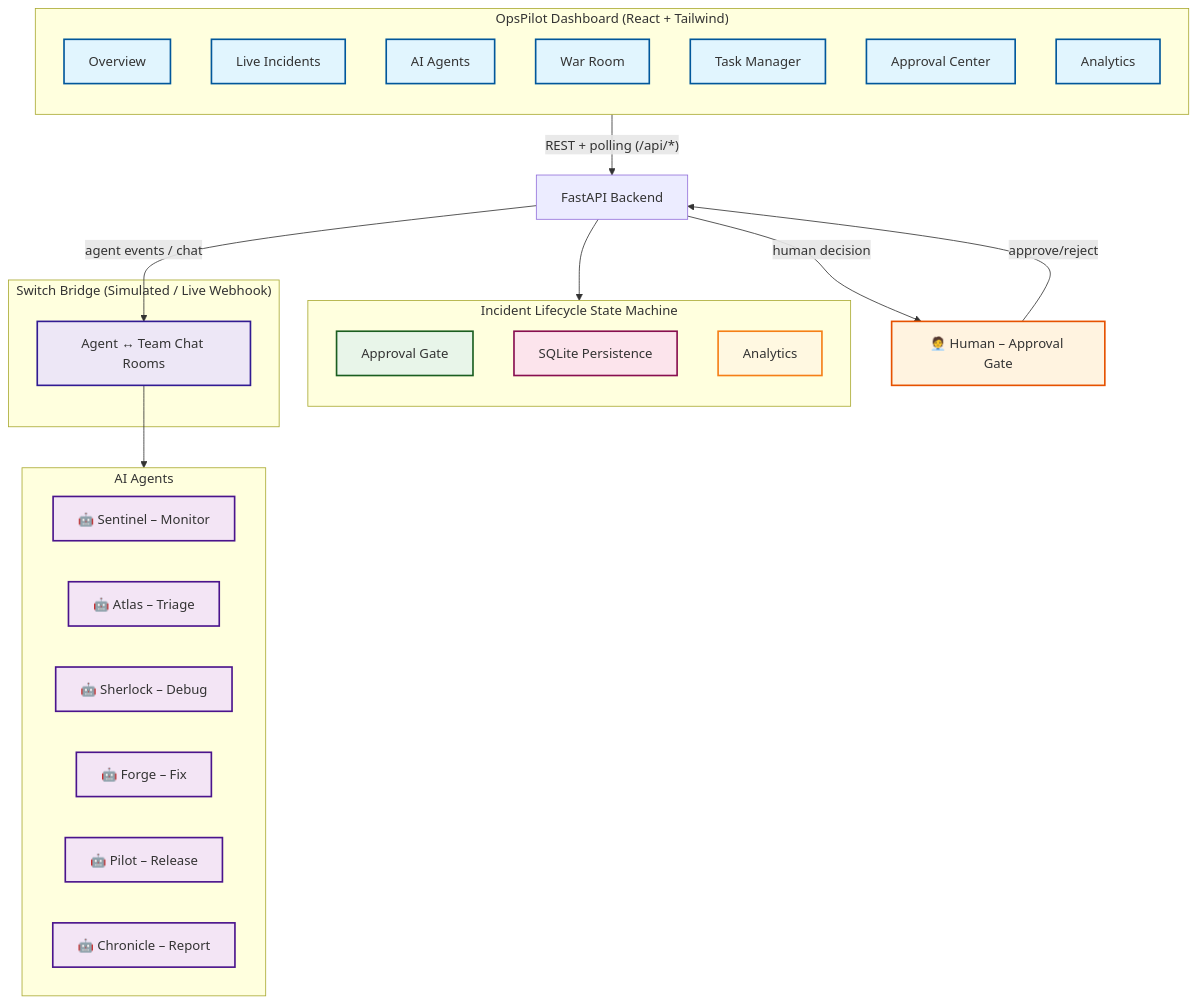
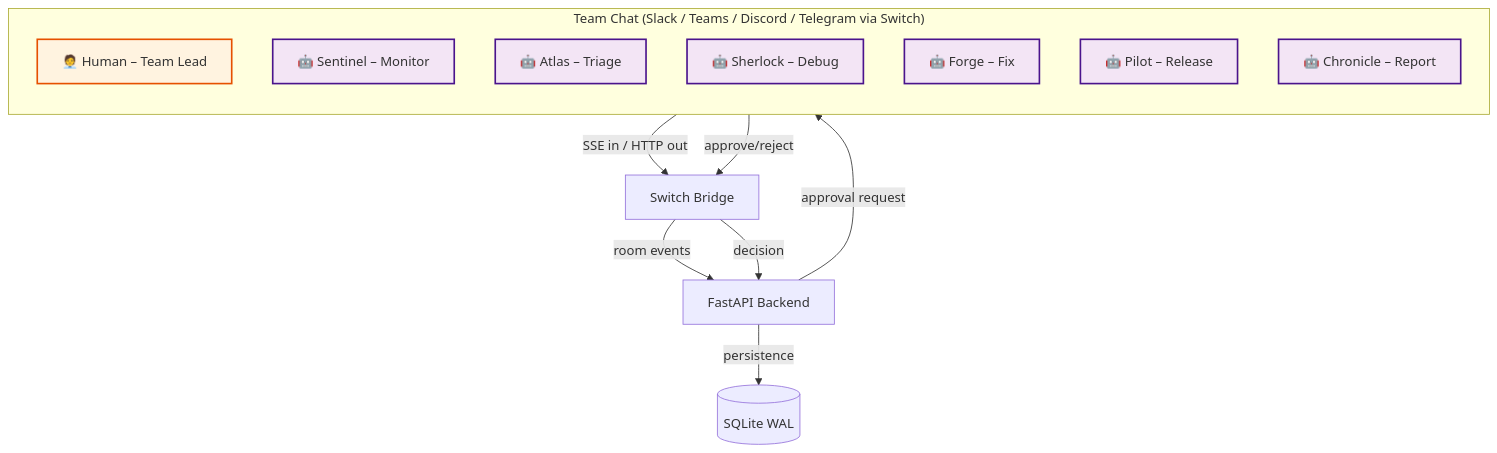
The diagram in README.md (itsVanshKesharwani/OpsPilot), drawn with Mermaid before and after one commit. The commit also changed other lines of this file and 9 other files, not shown here.

````diff
--- a/README.md
+++ b/README.md
@@ -79,50 +95,23 @@
 ```mermaid
 flowchart TD
-    subgraph UI ["OpsPilot Dashboard (React + Tailwind)"]
+    subgraph Chat ["Team Chat (Slack / Teams / Discord / Telegram via Switch)"]
         direction TB
-        U1[Overview]:::page
-        U2[Live Incidents]:::page
-        U3[AI Agents]:::page
-        U4[War Room]:::page
-        U5[Task Manager]:::page
-        U6[Approval Center]:::page
-        U7[Analytics]:::page
+        C1[🧑‍💼 Human – Team Lead]:::human
+        C2[🤖 Sentinel – Monitor]:::agent
+        C3[🤖 Atlas – Triage]:::agent
+        C4[🤖 Sherlock – Debug]:::agent
+        C5[🤖 Forge – Fix]:::agent
+        C6[🤖 Pilot – Release]:::agent
+        C7[🤖 Chronicle – Report]:::agent
     end
 
-    UI -- REST + polling (/api/*) --> API[FastAPI Backend]
+    Chat -- SSE in / HTTP out --> Switch[Switch Bridge]
+    Switch -- room events --> API[FastAPI Backend]
+    API -- approval request --> Chat
+    Chat -- approve/reject --> Switch
+    Switch -- decision --> API
+    API -- persistence --> DB[(SQLite WAL)]
 
-    subgraph Core ["Incident Lifecycle State Machine"]
-        direction TB
-        C1[Approval Gate]:::gate
-        C2[SQLite Persistence]:::db
-        C3[Analytics]:::analytics
-    end
-    API --> Core
-
-    subgraph Switch ["Switch Bridge (Simulated / Live Webhook)"]
-        S[Agent ↔ Team Chat Rooms]:::switch
-    end
-    API -- agent events / chat --> S
-
-    subgraph Agents ["AI Agents"]
-        A1[🤖 Sentinel – Monitor]:::agent
-        A2[🤖 Atlas – Triage]:::agent
-        A3[🤖 Sherlock – Debug]:::agent
-        A4[🤖 Forge – Fix]:::agent
-        A5[🤖 Pilot – Release]:::agent
-        A6[🤖 Chronicle – Report]:::agent
-    end
-    S --> Agents
-
-    H[🧑‍💼 Human – Approval Gate]:::human
-    API -- human decision --> H
-    H -- approve/reject --> API
-
-    classDef page fill:#e1f5fe,stroke:#01579b,stroke-width:2px
+    classDef human fill:#fff3e0,stroke:#e65100,stroke-width:2px
     classDef agent fill:#f3e5f5,stroke:#4a148c,stroke-width:2px
-    classDef human fill:#fff3e0,stroke:#e65100,stroke-width:2px
-    classDef gate fill:#e8f5e9,stroke:#1b5e20,stroke-width:2px
-    classDef db fill:#fce4ec,stroke:#880e4f,stroke-width:2px
-    classDef analytics fill:#fff8e1,stroke:#f57f17,stroke-width:2px
-    classDef switch fill:#ede7f6,stroke:#311b92,stroke-width:2px
 ```
````
